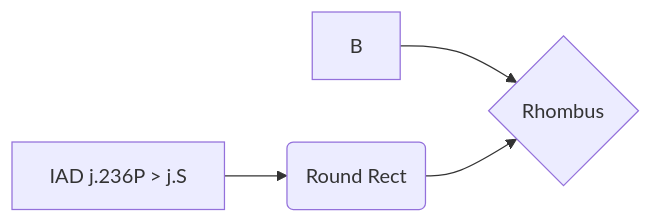
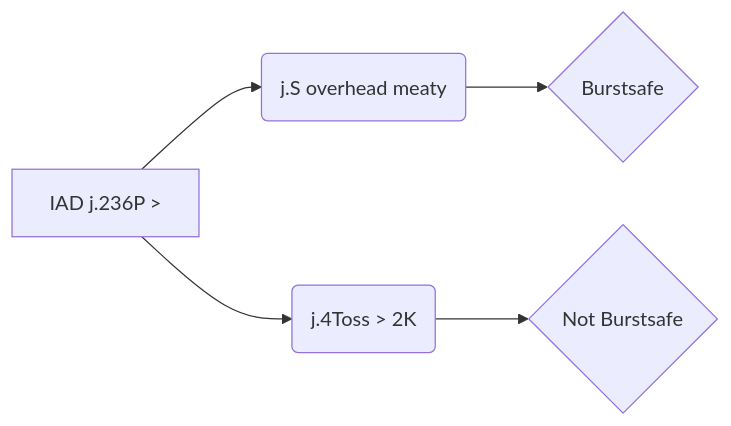
One commit to OriolFilter/Elphelt changed the diagram in ComboStructure/Safejumps/README.md. Above: the diagram before and after it, drawn with Mermaid.

Commit message:
Added more entries.
One entry is made by Kuzgun.

````diff
--- a/ComboStructure/Safejumps/README.md
+++ b/ComboStructure/Safejumps/README.md
@@ -7,7 +7,7 @@
 ```mermaid
 graph LR
-    A[IAD j.236P > j.S]
-    A --> C(Round Rect)
-    B --> D{Rhombus}
-    C --> D
+    A[IAD j.236P > ] --> B(j.S overhead meaty)
+    A --> C(j.4Toss > 2K)
+    B --> D{Burstsafe}
+    C--> E{Not Burstsafe}
 ```
````
